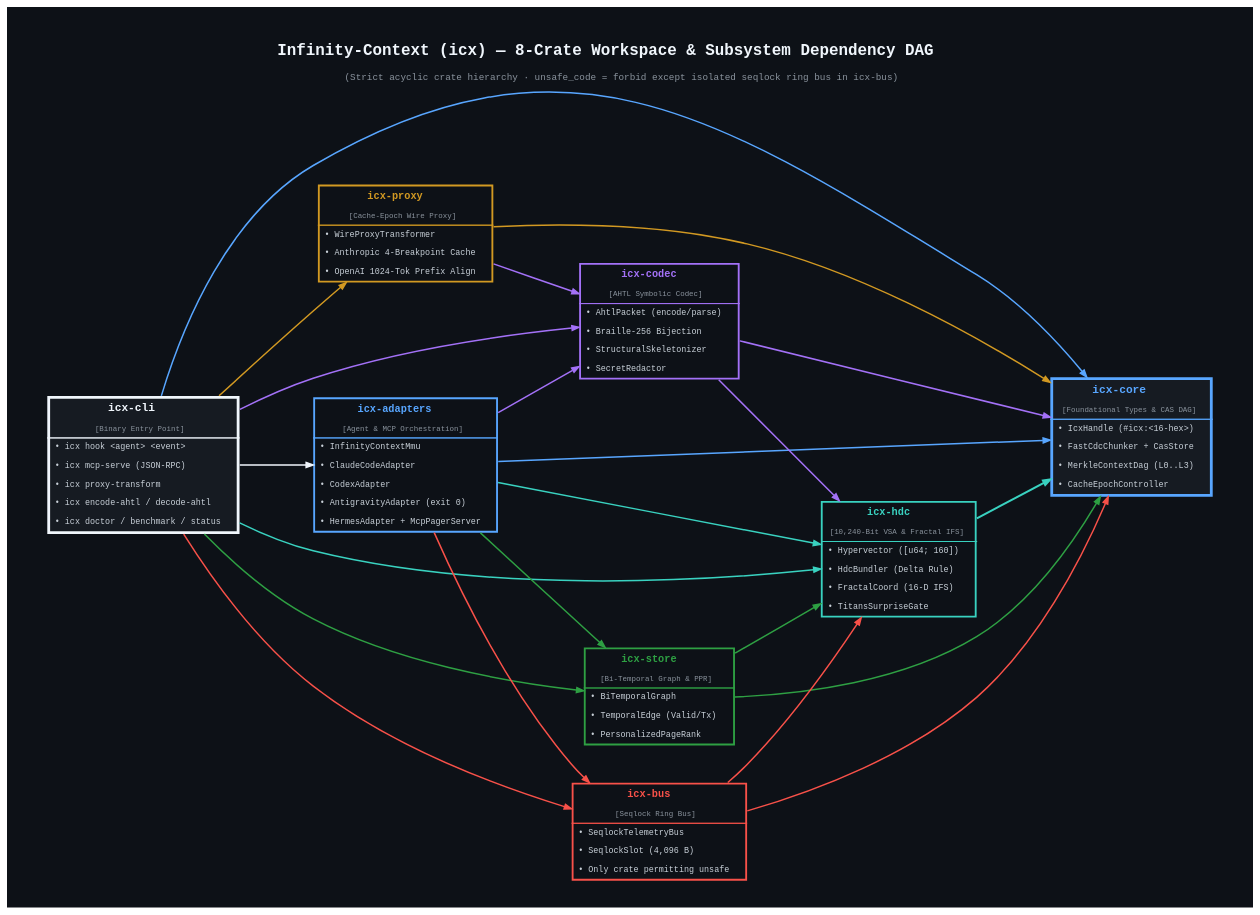
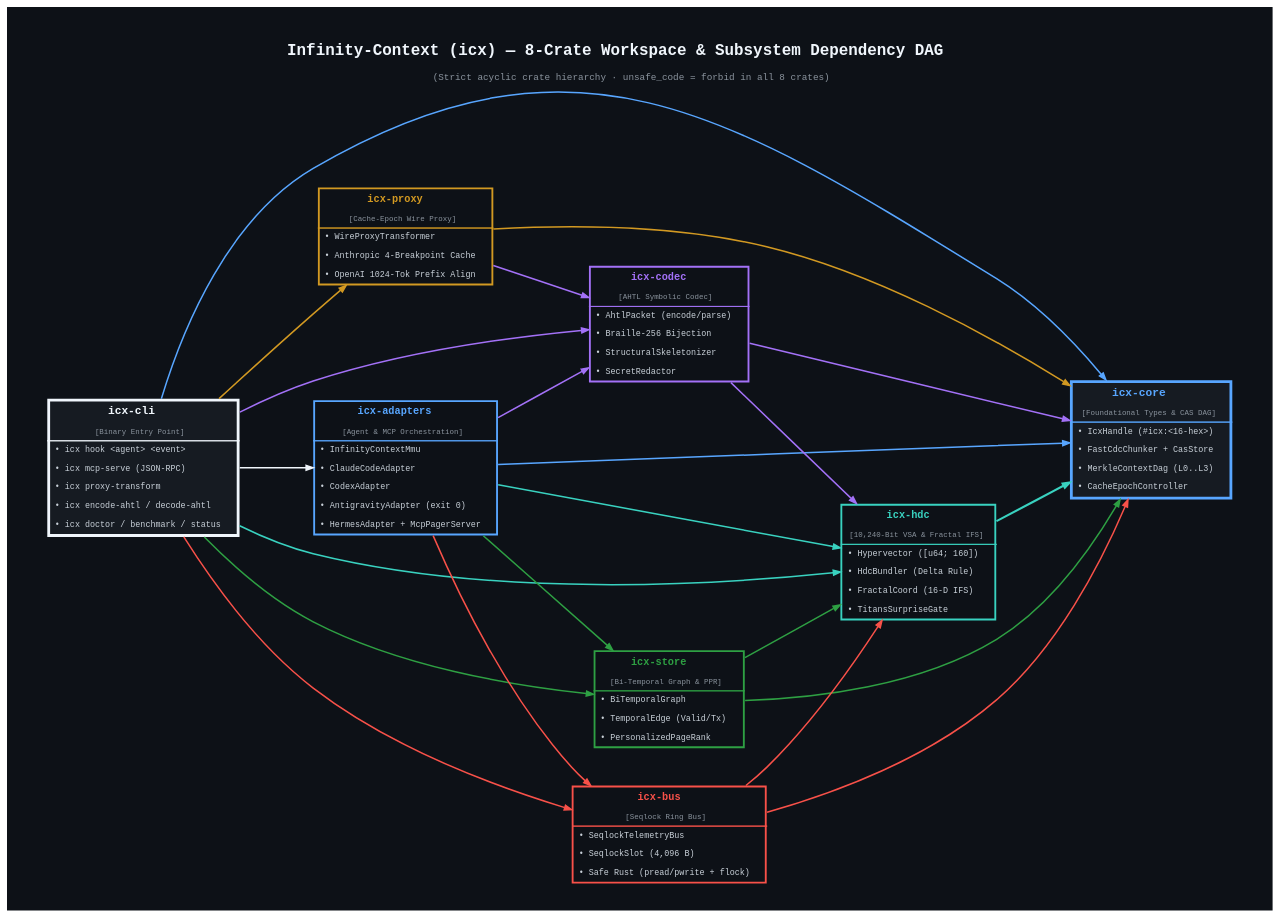
One commit to doublegate/Infinity-Context changed the diagram in images/infinity-context-crate-graph.dot. Above: the diagram before and after it, drawn with Graphviz. The commit also changed 7 other files, not shown here.

Commit message:
docs: refresh benchmark output and drop stale unsafe labels from the crate graph

```diff
--- a/images/infinity-context-crate-graph.dot
+++ b/images/infinity-context-crate-graph.dot
@@ -1,139 +1,139 @@
 digraph InfinityContextCrateGraph {
     // =================================================================
     // Infinity-Context (icx) — 8-Crate Workspace & Cross-Agent Dependency DAG
     // Style: Dark theme matching VeridianOS relationship diagrams
     // Note: Every bullet uses its own <TR><TD ALIGN="LEFT"> row for exact left alignment.
     // =================================================================
 
     bgcolor="#0d1117"
     rankdir=LR
     splines=true
     nodesep=0.55
     ranksep=1.10
     pad="0.6,0.4"
     labelloc="t"
     label=<
         <TABLE BORDER="0" CELLBORDER="0" CELLSPACING="0" CELLPADDING="6">
         <TR><TD ALIGN="CENTER"><FONT COLOR="#f0f6fc" POINT-SIZE="17" FACE="JetBrains Mono,Consolas,monospace"><B>Infinity-Context (icx) &#8212; 8-Crate Workspace &amp; Subsystem Dependency DAG</B>&#160;&#160;&#160;</FONT></TD></TR>
-        <TR><TD ALIGN="CENTER"><FONT COLOR="#8b949e" POINT-SIZE="10" FACE="JetBrains Mono,Consolas,monospace">(Strict acyclic crate hierarchy &#183; unsafe_code = forbid except isolated seqlock ring bus in icx-bus)&#160;&#160;&#160;</FONT></TD></TR>
+        <TR><TD ALIGN="CENTER"><FONT COLOR="#8b949e" POINT-SIZE="10" FACE="JetBrains Mono,Consolas,monospace">(Strict acyclic crate hierarchy &#183; unsafe_code = forbid in all 8 crates)&#160;&#160;&#160;</FONT></TD></TR>
         </TABLE>>
 
     node [shape=none fontname="JetBrains Mono,Consolas,Courier New,monospace" fontsize=10 margin="0"]
     edge [arrowsize=0.75 penwidth=1.6]
 
     icx_cli [label=<
         <TABLE BORDER="3" CELLBORDER="0" CELLSPACING="0" CELLPADDING="5" COLOR="#f0f6fc" BGCOLOR="#161b22">
         <TR><TD ALIGN="CENTER"><FONT COLOR="#f0f6fc" POINT-SIZE="12"><B>icx-cli</B>&#160;&#160;&#160;</FONT></TD></TR>
         <TR><TD ALIGN="CENTER"><FONT COLOR="#8b949e" POINT-SIZE="8.5">[Binary Entry Point]&#160;&#160;&#160;</FONT></TD></TR>
         <HR/>
         <TR><TD ALIGN="LEFT"><FONT COLOR="#c9d1d9" POINT-SIZE="9">&#8226; icx hook &lt;agent&gt; &lt;event&gt;&#160;&#160;&#160;</FONT></TD></TR>
         <TR><TD ALIGN="LEFT"><FONT COLOR="#c9d1d9" POINT-SIZE="9">&#8226; icx mcp-serve (JSON-RPC)&#160;&#160;&#160;</FONT></TD></TR>
         <TR><TD ALIGN="LEFT"><FONT COLOR="#c9d1d9" POINT-SIZE="9">&#8226; icx proxy-transform&#160;&#160;&#160;</FONT></TD></TR>
         <TR><TD ALIGN="LEFT"><FONT COLOR="#c9d1d9" POINT-SIZE="9">&#8226; icx encode-ahtl / decode-ahtl&#160;&#160;&#160;</FONT></TD></TR>
         <TR><TD ALIGN="LEFT"><FONT COLOR="#c9d1d9" POINT-SIZE="9">&#8226; icx doctor / benchmark / status&#160;&#160;&#160;</FONT></TD></TR>
         </TABLE>>]
 
     icx_adapters [label=<
         <TABLE BORDER="2" CELLBORDER="0" CELLSPACING="0" CELLPADDING="5" COLOR="#58a6ff" BGCOLOR="#0d1117">
         <TR><TD ALIGN="CENTER"><FONT COLOR="#58a6ff" POINT-SIZE="11"><B>icx-adapters</B>&#160;&#160;&#160;</FONT></TD></TR>
         <TR><TD ALIGN="CENTER"><FONT COLOR="#8b949e" POINT-SIZE="8.5">[Agent &amp; MCP Orchestration]&#160;&#160;&#160;</FONT></TD></TR>
         <HR/>
         <TR><TD ALIGN="LEFT"><FONT COLOR="#c9d1d9" POINT-SIZE="9">&#8226; InfinityContextMmu&#160;&#160;&#160;</FONT></TD></TR>
         <TR><TD ALIGN="LEFT"><FONT COLOR="#c9d1d9" POINT-SIZE="9">&#8226; ClaudeCodeAdapter&#160;&#160;&#160;</FONT></TD></TR>
         <TR><TD ALIGN="LEFT"><FONT COLOR="#c9d1d9" POINT-SIZE="9">&#8226; CodexAdapter&#160;&#160;&#160;</FONT></TD></TR>
         <TR><TD ALIGN="LEFT"><FONT COLOR="#c9d1d9" POINT-SIZE="9">&#8226; AntigravityAdapter (exit 0)&#160;&#160;&#160;</FONT></TD></TR>
         <TR><TD ALIGN="LEFT"><FONT COLOR="#c9d1d9" POINT-SIZE="9">&#8226; HermesAdapter + McpPagerServer&#160;&#160;&#160;</FONT></TD></TR>
         </TABLE>>]
 
     icx_proxy [label=<
         <TABLE BORDER="2" CELLBORDER="0" CELLSPACING="0" CELLPADDING="5" COLOR="#d29922" BGCOLOR="#0d1117">
         <TR><TD ALIGN="CENTER"><FONT COLOR="#d29922" POINT-SIZE="11"><B>icx-proxy</B>&#160;&#160;&#160;</FONT></TD></TR>
         <TR><TD ALIGN="CENTER"><FONT COLOR="#8b949e" POINT-SIZE="8.5">[Cache-Epoch Wire Proxy]&#160;&#160;&#160;</FONT></TD></TR>
         <HR/>
         <TR><TD ALIGN="LEFT"><FONT COLOR="#c9d1d9" POINT-SIZE="9">&#8226; WireProxyTransformer&#160;&#160;&#160;</FONT></TD></TR>
         <TR><TD ALIGN="LEFT"><FONT COLOR="#c9d1d9" POINT-SIZE="9">&#8226; Anthropic 4-Breakpoint Cache&#160;&#160;&#160;</FONT></TD></TR>
         <TR><TD ALIGN="LEFT"><FONT COLOR="#c9d1d9" POINT-SIZE="9">&#8226; OpenAI 1024-Tok Prefix Align&#160;&#160;&#160;</FONT></TD></TR>
         </TABLE>>]
 
     icx_codec [label=<
         <TABLE BORDER="2" CELLBORDER="0" CELLSPACING="0" CELLPADDING="5" COLOR="#a371f7" BGCOLOR="#0d1117">
         <TR><TD ALIGN="CENTER"><FONT COLOR="#a371f7" POINT-SIZE="11"><B>icx-codec</B>&#160;&#160;&#160;</FONT></TD></TR>
         <TR><TD ALIGN="CENTER"><FONT COLOR="#8b949e" POINT-SIZE="8.5">[AHTL Symbolic Codec]&#160;&#160;&#160;</FONT></TD></TR>
         <HR/>
         <TR><TD ALIGN="LEFT"><FONT COLOR="#c9d1d9" POINT-SIZE="9">&#8226; AhtlPacket (encode/parse)&#160;&#160;&#160;</FONT></TD></TR>
         <TR><TD ALIGN="LEFT"><FONT COLOR="#c9d1d9" POINT-SIZE="9">&#8226; Braille-256 Bijection&#160;&#160;&#160;</FONT></TD></TR>
         <TR><TD ALIGN="LEFT"><FONT COLOR="#c9d1d9" POINT-SIZE="9">&#8226; StructuralSkeletonizer&#160;&#160;&#160;</FONT></TD></TR>
         <TR><TD ALIGN="LEFT"><FONT COLOR="#c9d1d9" POINT-SIZE="9">&#8226; SecretRedactor&#160;&#160;&#160;</FONT></TD></TR>
         </TABLE>>]
 
     icx_store [label=<
         <TABLE BORDER="2" CELLBORDER="0" CELLSPACING="0" CELLPADDING="5" COLOR="#2ea043" BGCOLOR="#0d1117">
         <TR><TD ALIGN="CENTER"><FONT COLOR="#2ea043" POINT-SIZE="11"><B>icx-store</B>&#160;&#160;&#160;</FONT></TD></TR>
         <TR><TD ALIGN="CENTER"><FONT COLOR="#8b949e" POINT-SIZE="8.5">[Bi-Temporal Graph &amp; PPR]&#160;&#160;&#160;</FONT></TD></TR>
         <HR/>
         <TR><TD ALIGN="LEFT"><FONT COLOR="#c9d1d9" POINT-SIZE="9">&#8226; BiTemporalGraph&#160;&#160;&#160;</FONT></TD></TR>
         <TR><TD ALIGN="LEFT"><FONT COLOR="#c9d1d9" POINT-SIZE="9">&#8226; TemporalEdge (Valid/Tx)&#160;&#160;&#160;</FONT></TD></TR>
         <TR><TD ALIGN="LEFT"><FONT COLOR="#c9d1d9" POINT-SIZE="9">&#8226; PersonalizedPageRank&#160;&#160;&#160;</FONT></TD></TR>
         </TABLE>>]
 
     icx_bus [label=<
         <TABLE BORDER="2" CELLBORDER="0" CELLSPACING="0" CELLPADDING="5" COLOR="#f85149" BGCOLOR="#0d1117">
         <TR><TD ALIGN="CENTER"><FONT COLOR="#f85149" POINT-SIZE="11"><B>icx-bus</B>&#160;&#160;&#160;</FONT></TD></TR>
         <TR><TD ALIGN="CENTER"><FONT COLOR="#8b949e" POINT-SIZE="8.5">[Seqlock Ring Bus]&#160;&#160;&#160;</FONT></TD></TR>
         <HR/>
         <TR><TD ALIGN="LEFT"><FONT COLOR="#c9d1d9" POINT-SIZE="9">&#8226; SeqlockTelemetryBus&#160;&#160;&#160;</FONT></TD></TR>
         <TR><TD ALIGN="LEFT"><FONT COLOR="#c9d1d9" POINT-SIZE="9">&#8226; SeqlockSlot (4,096 B)&#160;&#160;&#160;</FONT></TD></TR>
-        <TR><TD ALIGN="LEFT"><FONT COLOR="#c9d1d9" POINT-SIZE="9">&#8226; Only crate permitting unsafe&#160;&#160;&#160;</FONT></TD></TR>
+        <TR><TD ALIGN="LEFT"><FONT COLOR="#c9d1d9" POINT-SIZE="9">&#8226; Safe Rust (pread/pwrite + flock)&#160;&#160;&#160;</FONT></TD></TR>
         </TABLE>>]
 
     icx_hdc [label=<
         <TABLE BORDER="2" CELLBORDER="0" CELLSPACING="0" CELLPADDING="5" COLOR="#39d2c0" BGCOLOR="#0d1117">
         <TR><TD ALIGN="CENTER"><FONT COLOR="#39d2c0" POINT-SIZE="11"><B>icx-hdc</B>&#160;&#160;&#160;</FONT></TD></TR>
         <TR><TD ALIGN="CENTER"><FONT COLOR="#8b949e" POINT-SIZE="8.5">[10,240-Bit VSA &amp; Fractal IFS]&#160;&#160;&#160;</FONT></TD></TR>
         <HR/>
         <TR><TD ALIGN="LEFT"><FONT COLOR="#c9d1d9" POINT-SIZE="9">&#8226; Hypervector ([u64; 160])&#160;&#160;&#160;</FONT></TD></TR>
         <TR><TD ALIGN="LEFT"><FONT COLOR="#c9d1d9" POINT-SIZE="9">&#8226; HdcBundler (Delta Rule)&#160;&#160;&#160;</FONT></TD></TR>
         <TR><TD ALIGN="LEFT"><FONT COLOR="#c9d1d9" POINT-SIZE="9">&#8226; FractalCoord (16-D IFS)&#160;&#160;&#160;</FONT></TD></TR>
         <TR><TD ALIGN="LEFT"><FONT COLOR="#c9d1d9" POINT-SIZE="9">&#8226; TitansSurpriseGate&#160;&#160;&#160;</FONT></TD></TR>
         </TABLE>>]
 
     icx_core [label=<
         <TABLE BORDER="3" CELLBORDER="0" CELLSPACING="0" CELLPADDING="5" COLOR="#58a6ff" BGCOLOR="#161b22">
         <TR><TD ALIGN="CENTER"><FONT COLOR="#58a6ff" POINT-SIZE="12"><B>icx-core</B>&#160;&#160;&#160;</FONT></TD></TR>
         <TR><TD ALIGN="CENTER"><FONT COLOR="#8b949e" POINT-SIZE="8.5">[Foundational Types &amp; CAS DAG]&#160;&#160;&#160;</FONT></TD></TR>
         <HR/>
         <TR><TD ALIGN="LEFT"><FONT COLOR="#c9d1d9" POINT-SIZE="9">&#8226; IcxHandle (#icx:&lt;16-hex&gt;)&#160;&#160;&#160;</FONT></TD></TR>
         <TR><TD ALIGN="LEFT"><FONT COLOR="#c9d1d9" POINT-SIZE="9">&#8226; FastCdcChunker + CasStore&#160;&#160;&#160;</FONT></TD></TR>
         <TR><TD ALIGN="LEFT"><FONT COLOR="#c9d1d9" POINT-SIZE="9">&#8226; MerkleContextDag (L0..L3)&#160;&#160;&#160;</FONT></TD></TR>
         <TR><TD ALIGN="LEFT"><FONT COLOR="#c9d1d9" POINT-SIZE="9">&#8226; CacheEpochController&#160;&#160;&#160;</FONT></TD></TR>
         </TABLE>>]
 
     // Strict Acyclic Crate Dependency Edges
     icx_cli -> icx_adapters [color="#f0f6fc" style=bold]
     icx_cli -> icx_proxy [color="#d29922" style=bold]
     icx_cli -> icx_codec [color="#a371f7"]
     icx_cli -> icx_bus [color="#f85149"]
     icx_cli -> icx_store [color="#2ea043"]
     icx_cli -> icx_hdc [color="#39d2c0"]
     icx_cli -> icx_core [color="#58a6ff"]
 
     icx_adapters -> icx_codec [color="#a371f7" style=bold]
     icx_adapters -> icx_store [color="#2ea043" style=bold]
     icx_adapters -> icx_bus [color="#f85149" style=bold]
     icx_adapters -> icx_hdc [color="#39d2c0" style=bold]
     icx_adapters -> icx_core [color="#58a6ff" style=bold]
 
     icx_proxy -> icx_codec [color="#a371f7" style=bold]
     icx_proxy -> icx_core [color="#d29922" style=bold]
 
     icx_codec -> icx_hdc [color="#a371f7" style=bold]
     icx_codec -> icx_core [color="#a371f7" style=bold]
 
     icx_store -> icx_hdc [color="#2ea043" style=bold]
     icx_store -> icx_core [color="#2ea043" style=bold]
 
     icx_bus -> icx_hdc [color="#f85149" style=bold]
     icx_bus -> icx_core [color="#f85149" style=bold]
 
     icx_hdc -> icx_core [color="#39d2c0" style=bold penwidth=2.2]
 }
```
